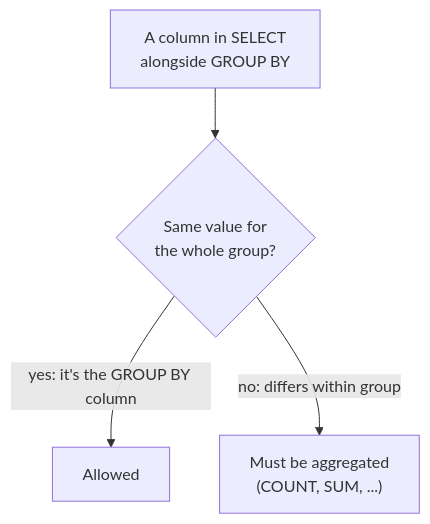
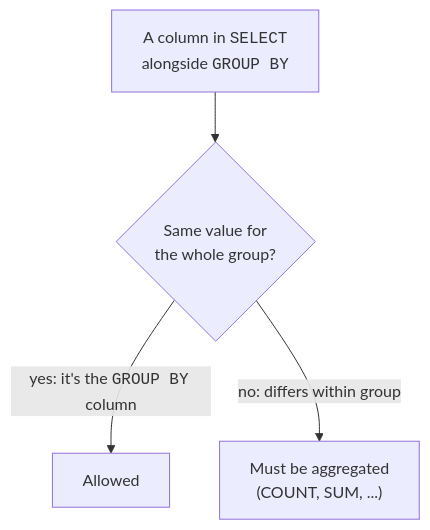
One commit to dataslope/dataslope changed the second of 3 diagrams in content/courses/intro-sql-postgres/grouping-data.mdx. Above: the diagram before and after it, drawn with Mermaid. The commit also changed other lines of this file and 283 other files, not shown here.

First line of the commit message:
Diagrams as elements, not characters: fix the box model, sweep the corpus, and make syntax breakdowns a convention (#652)

````diff
--- a/content/courses/intro-sql-postgres/grouping-data.mdx
+++ b/content/courses/intro-sql-postgres/grouping-data.mdx
@@ -92,7 +105,7 @@
 ```mermaid
 flowchart TB
-    C["A column in SELECT<br/>alongside GROUP BY"]
+    C["A column in <code>SELECT</code><br/>alongside <code>GROUP BY</code>"]
     C --> Q{"Same value for<br/>the whole group?"}
-    Q -->|"yes: it's the GROUP BY column"| OK["Allowed"]
+    Q -->|"yes: it's the <code>GROUP BY</code> column"| OK["Allowed"]
     Q -->|"no: differs within group"| Need["Must be aggregated<br/>(COUNT, SUM, ...)"]
 ```
````
